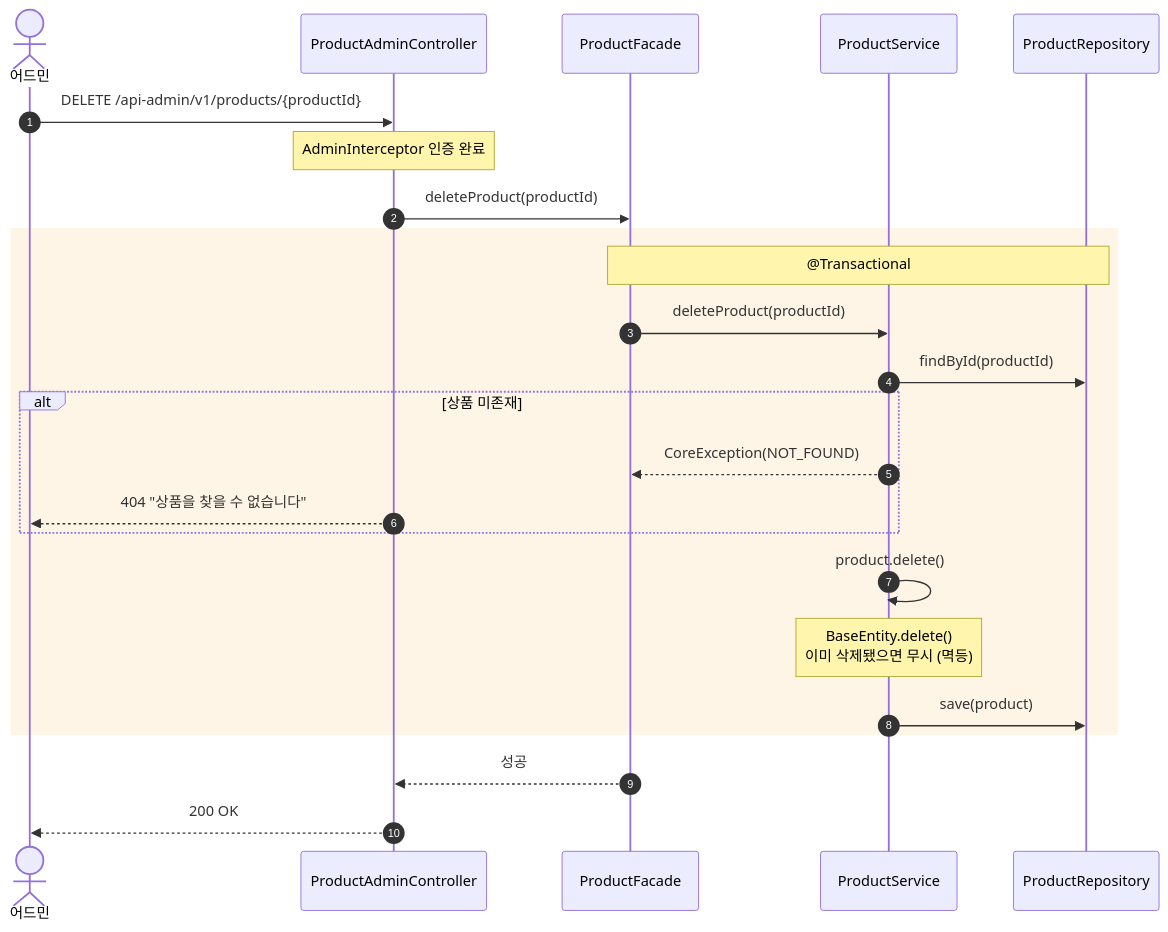
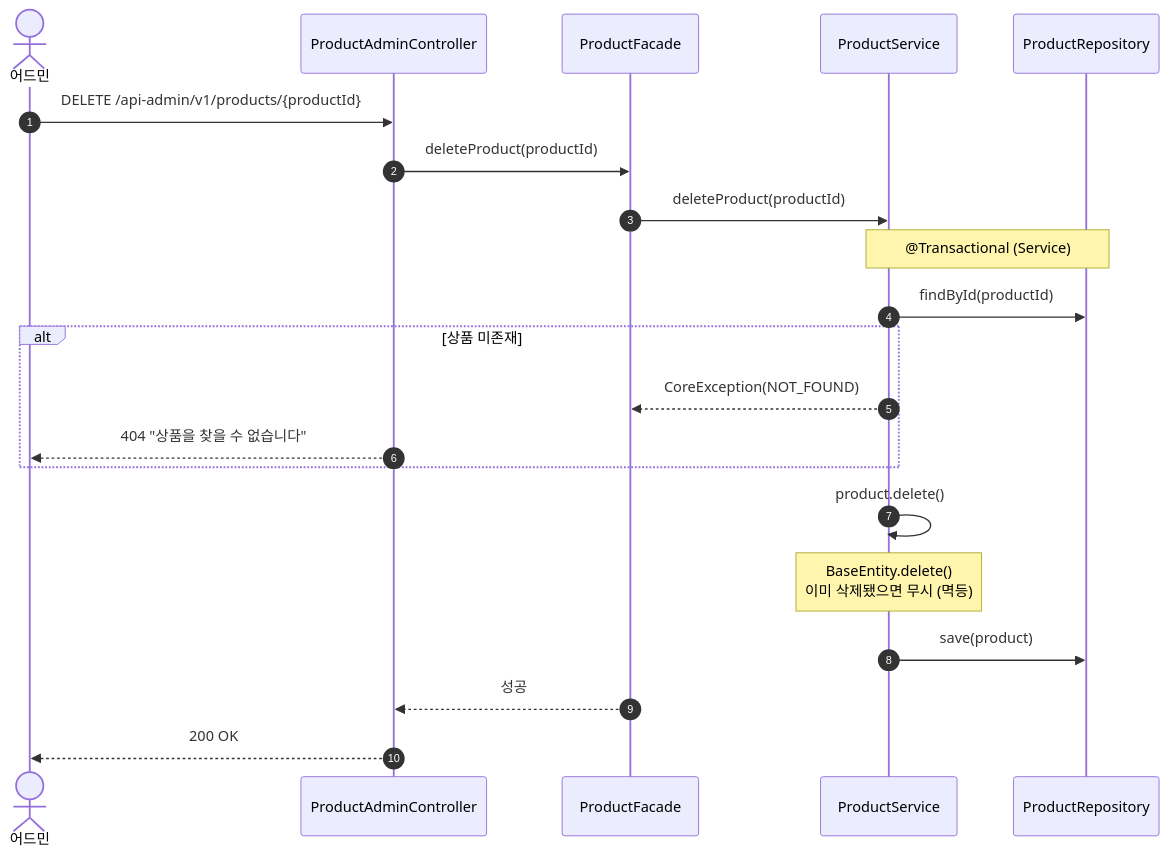
One commit to Loopers-dev-lab/loop-pack-be-l2-vol3-kotlin changed diagram 13 of 21 in docs/design/02-sequence-diagrams.md. Above: the diagram before and after it, drawn with Mermaid. The commit also changed other lines of this file and 5 other files, not shown here.

````diff
--- a/docs/design/02-sequence-diagrams.md
+++ b/docs/design/02-sequence-diagrams.md
@@ -445,30 +452,27 @@
 ```mermaid
 sequenceDiagram
     autonumber
     actor Admin as 어드민
     participant C as ProductAdminController
     participant F as ProductFacade
     participant PS as ProductService
     participant PR as ProductRepository
     Admin ->> C: DELETE /api-admin/v1/products/{productId}
-    Note over C: AdminInterceptor 인증 완료
     C ->> F: deleteProduct(productId)
+    F ->> PS: deleteProduct(productId)
 
-    rect rgb(255, 245, 230)
-        Note over F, PR: @Transactional
-        F ->> PS: deleteProduct(productId)
-        PS ->> PR: findById(productId)
+    Note over PS, PR: @Transactional (Service)
+    PS ->> PR: findById(productId)
 
-        alt 상품 미존재
-            PS -->> F: CoreException(NOT_FOUND)
-            C -->> Admin: 404 "상품을 찾을 수 없습니다"
-        end
+    alt 상품 미존재
+        PS -->> F: CoreException(NOT_FOUND)
+        C -->> Admin: 404 "상품을 찾을 수 없습니다"
+    end
 
-        PS ->> PS: product.delete()
-        Note over PS: BaseEntity.delete()<br/>이미 삭제됐으면 무시 (멱등)
-        PS ->> PR: save(product)
-    end
+    PS ->> PS: product.delete()
+    Note over PS: BaseEntity.delete()<br/>이미 삭제됐으면 무시 (멱등)
+    PS ->> PR: save(product)
 
     F -->> C: 성공
     C -->> Admin: 200 OK
 ```
````
